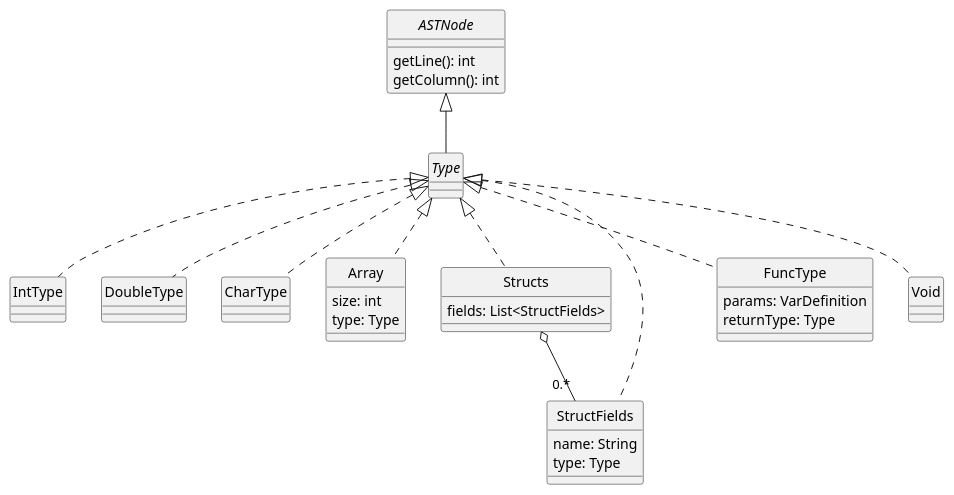
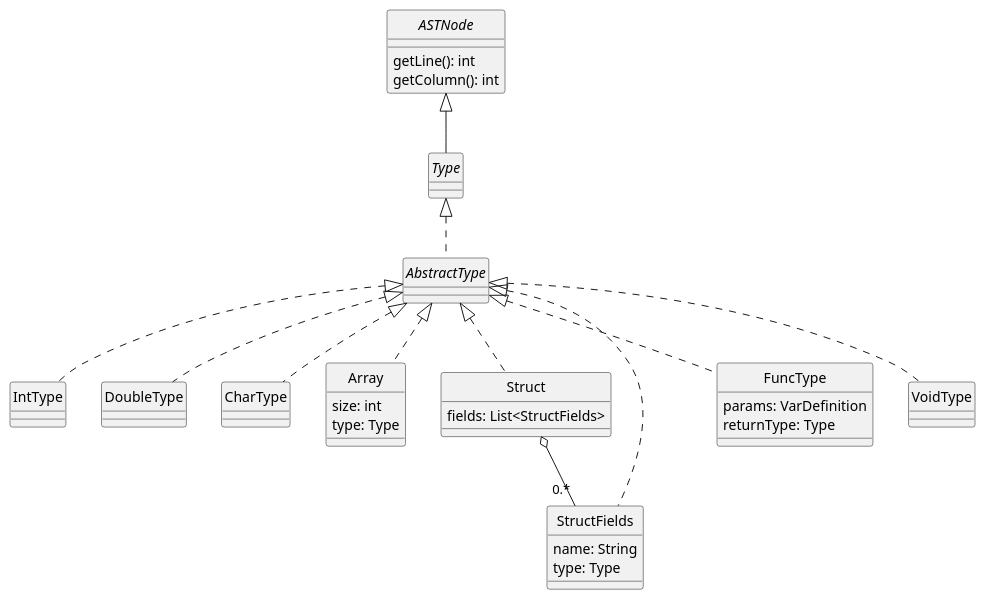
The diagram in docs/diagrams/types.plantuml (JonathanAriass/dlp-examen), drawn with PlantUML before and after one commit. The commit also changed 14 other files, not shown here.

Commit message:
add Type implementation classes; change Expression and Type UML

```diff
--- a/docs/diagrams/types.plantuml
+++ b/docs/diagrams/types.plantuml
@@ -1,59 +1,63 @@
 @startuml Types
 skinparam style strictuml
 skinparam monochrome true
 
 interface ASTNode {
     getLine(): int
     getColumn(): int
 }
 
 interface Type
 
 ASTNode <|-- Type
 
+abstract AbstractType
+
+Type <|.. AbstractType
+
 class IntType
 
-Type <|.. IntType
+AbstractType <|.. IntType
 
 class DoubleType
 
-Type <|.. DoubleType
+AbstractType <|.. DoubleType
 
 class CharType
 
-Type <|.. CharType
+AbstractType <|.. CharType
 
 class Array {
     size: int
     type: Type
 }
 
-Type <|.. Array
+AbstractType <|.. Array
 
-class Structs {
+class Struct {
     fields: List<StructFields>
 }
 
-Structs  o-- "0.*" StructFields
+Struct  o-- "0.*" StructFields
 
-class StructFields implements Type {
+class StructFields implements AbstractType {
     name: String
     type: Type
 }
 
-Type <|.. Structs
+AbstractType <|.. Struct
 
 class FuncType {
     params: VarDefinition
     returnType: Type
 }
 
-Type <|.. FuncType
+AbstractType <|.. FuncType
 
-class Void {
+class VoidType {
 
 }
 
-Type <|.. Void
+AbstractType <|.. VoidType
 
 @enduml
```
